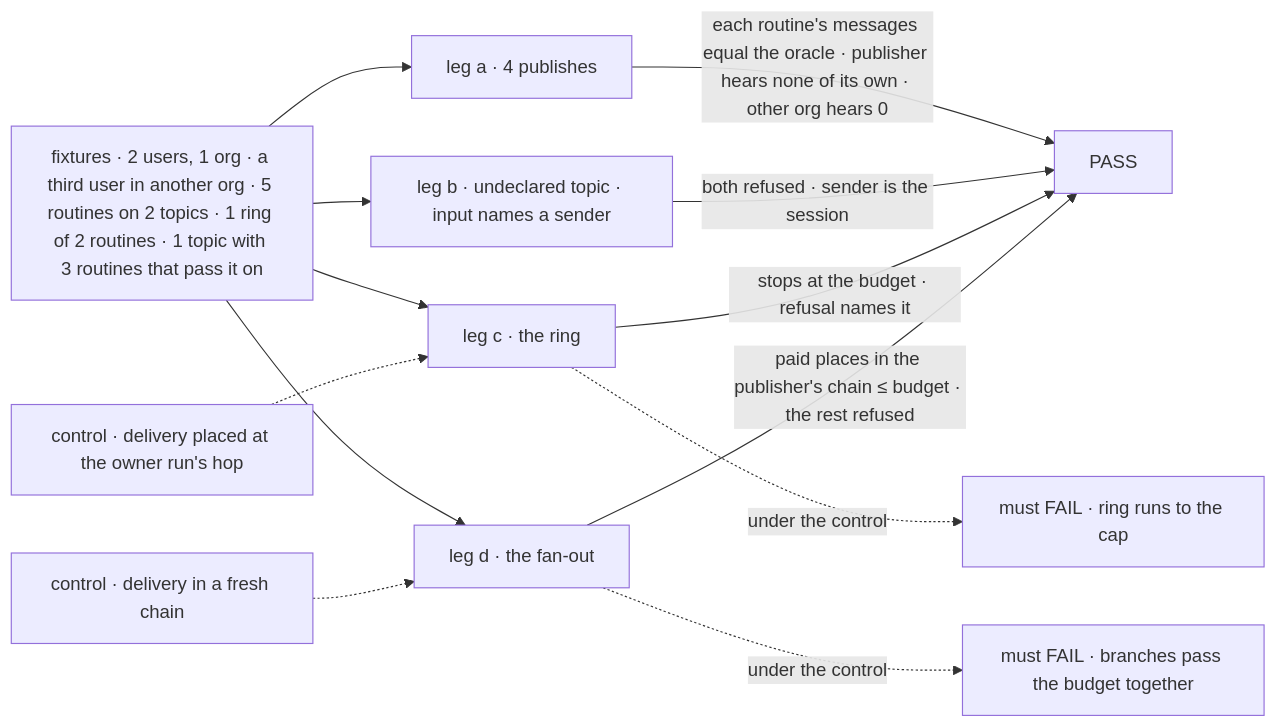
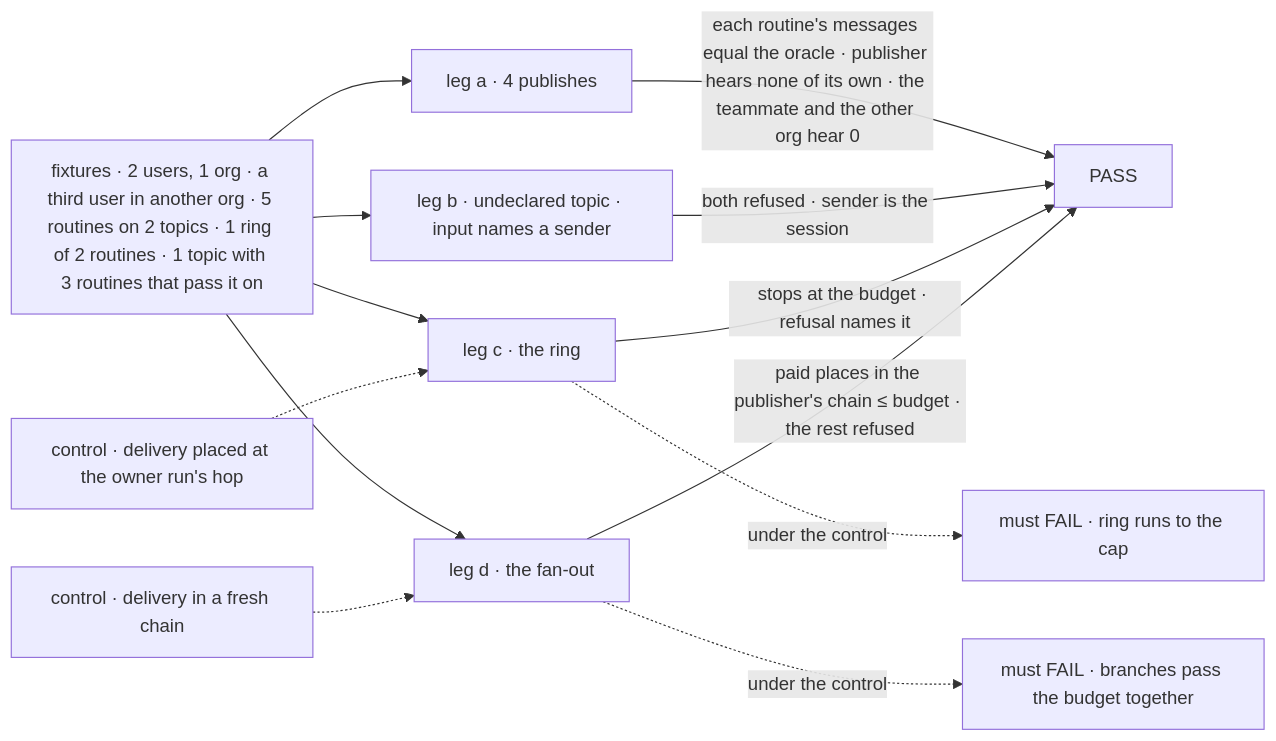
Before and after one commit to fixpoint-labs/flow-state-dev: the first of 2 diagrams in specs/issues/FIX-2630/SPEC.md, drawn with Mermaid. The commit also changed other lines of this file and 1 other file, not shown here.

First line of the commit message:
spec(FIX-2630): record Q1, own-user first; the goal check expects the teammate to hear nothing

````diff
--- a/specs/issues/FIX-2630/SPEC.md
+++ b/specs/issues/FIX-2630/SPEC.md
@@ -32,15 +32,15 @@
 ```mermaid
 flowchart LR
   F["fixtures · 2 users, 1 org · a third user in another org · 5 routines on 2 topics · 1 ring of 2 routines · 1 topic with 3 routines that pass it on"] --> L1["leg a · 4 publishes"]
   F --> L2["leg b · undeclared topic · input names a sender"]
   F --> L3["leg c · the ring"]
-  L1 -->|"each routine's messages equal the oracle · publisher hears none of its own · other org hears 0"| P["PASS"]
+  L1 -->|"each routine's messages equal the oracle · publisher hears none of its own · the teammate and the other org hear 0"| P["PASS"]
   L2 -->|"both refused · sender is the session"| P
   L3 -->|"stops at the budget · refusal names it"| P
   F --> L4["leg d · the fan-out"]
   L4 -->|"paid places in the publisher's chain ≤ budget · the rest refused"| P
   C2["control · delivery in a fresh chain"] -.-> L4
   L4 -.->|"under the control"| X2["must FAIL · branches pass the budget together"]
   C["control · delivery placed at the owner run's hop"] -.-> L3
   L3 -.->|"under the control"| X["must FAIL · ring runs to the cap"]
 ```
````
